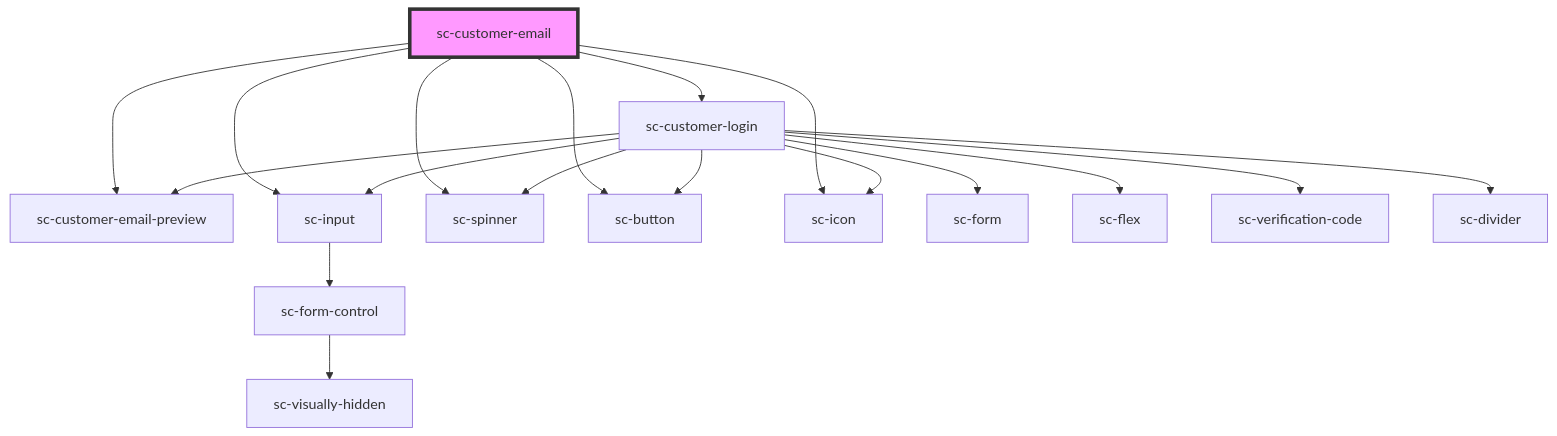
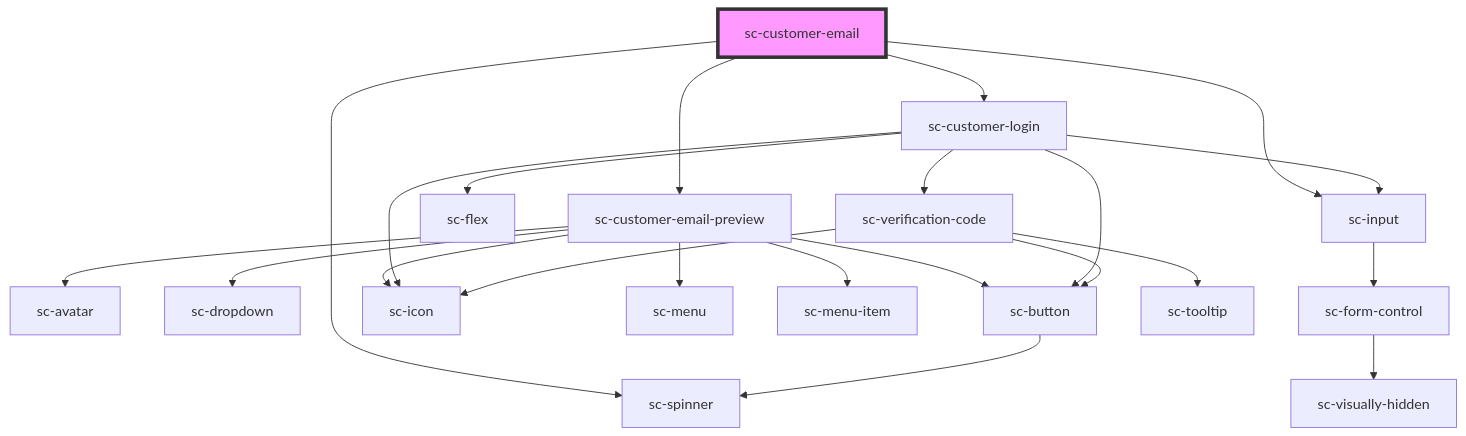
One commit to surecart/surecart-wp-plugin changed the diagram in packages/components/src/components/controllers/checkout-form/customer-email/readme.md. Above: the diagram before and after it, drawn with Mermaid. The commit also changed other lines of this file and 22 other files, not shown here.

````diff
--- a/packages/components/src/components/controllers/checkout-form/customer-email/readme.md
+++ b/packages/components/src/components/controllers/checkout-form/customer-email/readme.md
@@ -67,21 +65,25 @@
 ```mermaid
 graph TD;
+  sc-customer-email --> sc-customer-email-preview
   sc-customer-email --> sc-customer-login
-  sc-customer-email --> sc-customer-email-preview
   sc-customer-email --> sc-input
   sc-customer-email --> sc-spinner
-  sc-customer-email --> sc-button
-  sc-customer-email --> sc-icon
-  sc-customer-login --> sc-form
+  sc-customer-email-preview --> sc-avatar
+  sc-customer-email-preview --> sc-dropdown
+  sc-customer-email-preview --> sc-button
+  sc-customer-email-preview --> sc-icon
+  sc-customer-email-preview --> sc-menu
+  sc-customer-email-preview --> sc-menu-item
+  sc-button --> sc-spinner
   sc-customer-login --> sc-flex
   sc-customer-login --> sc-input
   sc-customer-login --> sc-button
   sc-customer-login --> sc-icon
   sc-customer-login --> sc-verification-code
-  sc-customer-login --> sc-spinner
-  sc-customer-login --> sc-customer-email-preview
-  sc-customer-login --> sc-divider
   sc-input --> sc-form-control
   sc-form-control --> sc-visually-hidden
+  sc-verification-code --> sc-tooltip
+  sc-verification-code --> sc-button
+  sc-verification-code --> sc-icon
   style sc-customer-email fill:#f9f,stroke:#333,stroke-width:4px
 ```
````
